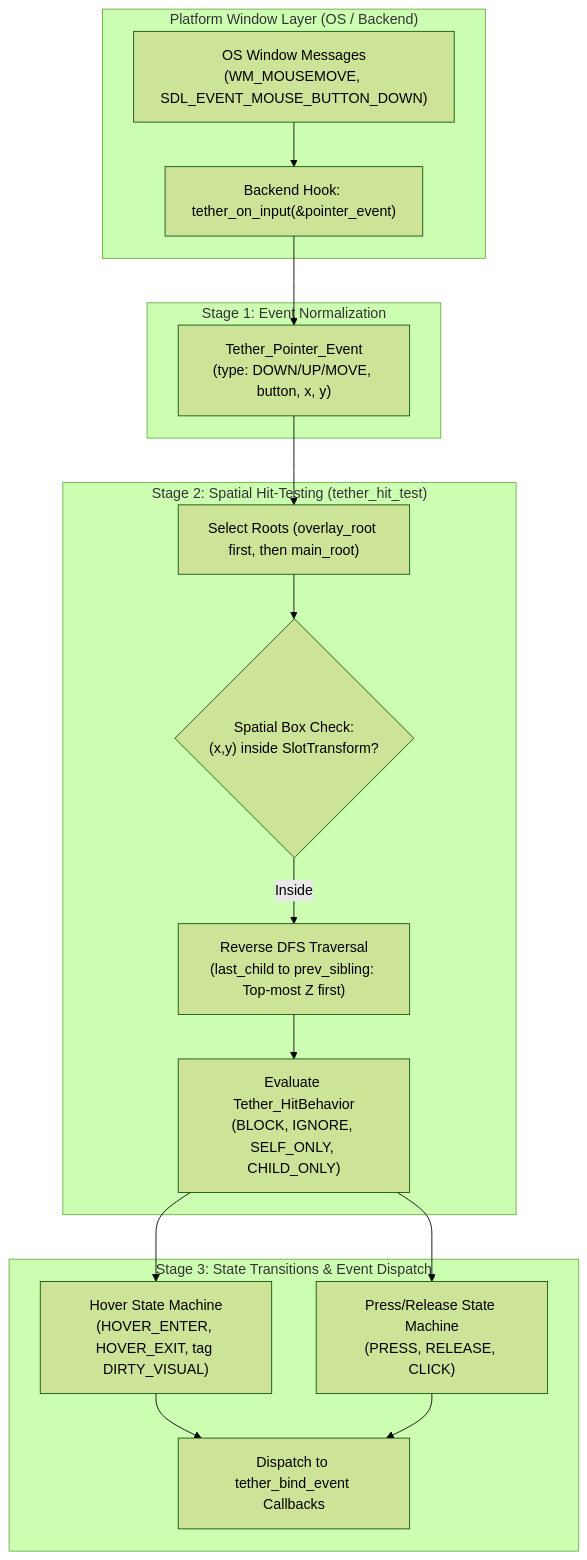
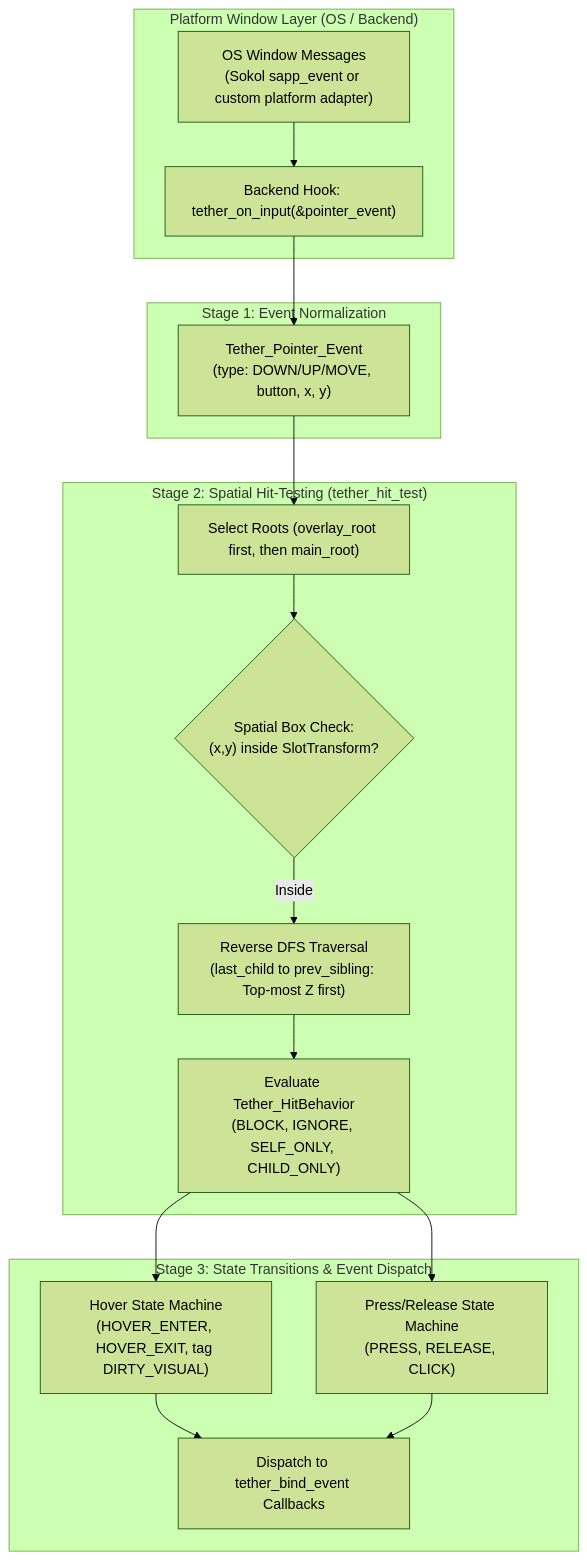
The first of 2 diagrams in docs/technical/09_input_and_events.md (Yuvi-GD/Tether), drawn with Mermaid (forest theme) before and after one commit. The commit also changed other lines of this file and 24 other files, not shown here.

Commit message:
docs: align technical docs with v0.0.3-preview and clarify presentation roadmap

````diff
--- a/docs/technical/09_input_and_events.md
+++ b/docs/technical/09_input_and_events.md
@@ -22,35 +22,35 @@
 ```mermaid
 flowchart TD
     subgraph PlatformLayer["Platform Window Layer (OS / Backend)"]
-        OSMsg["OS Window Messages\n(WM_MOUSEMOVE, SDL_EVENT_MOUSE_BUTTON_DOWN)"]
+        OSMsg["OS Window Messages\n(Sokol sapp_event or custom platform adapter)"]
         Hook["Backend Hook: tether_on_input(&pointer_event)"]
     end
 
     subgraph Normalization["Stage 1: Event Normalization"]
         PEvent["Tether_Pointer_Event\n(type: DOWN/UP/MOVE, button, x, y)"]
     end
 
     subgraph SpatialQuery["Stage 2: Spatial Hit-Testing (tether_hit_test)"]
         RootSelect["Select Roots (overlay_root first, then main_root)"]
         BoxCull{"Spatial Box Check:\n(x,y) inside SlotTransform?"}
         RevDFS["Reverse DFS Traversal\n(last_child to prev_sibling: Top-most Z first)"]
         HitBehavior["Evaluate Tether_HitBehavior\n(BLOCK, IGNORE, SELF_ONLY, CHILD_ONLY)"]
     end
 
     subgraph StateMachine["Stage 3: State Transitions & Event Dispatch"]
         HoverSM["Hover State Machine\n(HOVER_ENTER, HOVER_EXIT, tag DIRTY_VISUAL)"]
         PressSM["Press/Release State Machine\n(PRESS, RELEASE, CLICK)"]
         Dispatch["Dispatch to tether_bind_event Callbacks"]
     end
 
     OSMsg --> Hook
     Hook --> PEvent
     PEvent --> RootSelect
     RootSelect --> BoxCull
     BoxCull -- Inside --> RevDFS
     RevDFS --> HitBehavior
     HitBehavior --> HoverSM
     HitBehavior --> PressSM
     HoverSM --> Dispatch
     PressSM --> Dispatch
 ```
````
